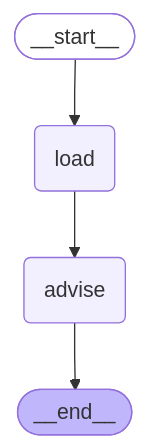
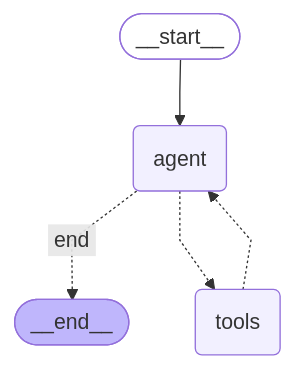
One commit to awkward-willy/CloudMosa_Hackathon changed the diagram in agent/agent_graph.mmd. Above: the diagram before and after it, drawn with Mermaid. The commit also changed 1 other file, not shown here.

```diff
--- a/agent/agent_graph.mmd
+++ b/agent/agent_graph.mmd
@@ -1,16 +1,17 @@
 ---
 config:
   flowchart:
     curve: linear
 ---
 graph TD;
 	__start__([<p>__start__</p>]):::first
-	load(load)
-	advise(advise)
+	agent(agent)
+	tools(tools)
 	__end__([<p>__end__</p>]):::last
-	__start__ --> load;
-	load --> advise;
-	advise --> __end__;
+	__start__ --> agent;
+	agent -. &nbsp;end&nbsp; .-> __end__;
+	agent -.-> tools;
+	tools -.-> agent;
 	classDef default fill:#f2f0ff,line-height:1.2
 	classDef first fill-opacity:0
 	classDef last fill:#bfb6fc
```
